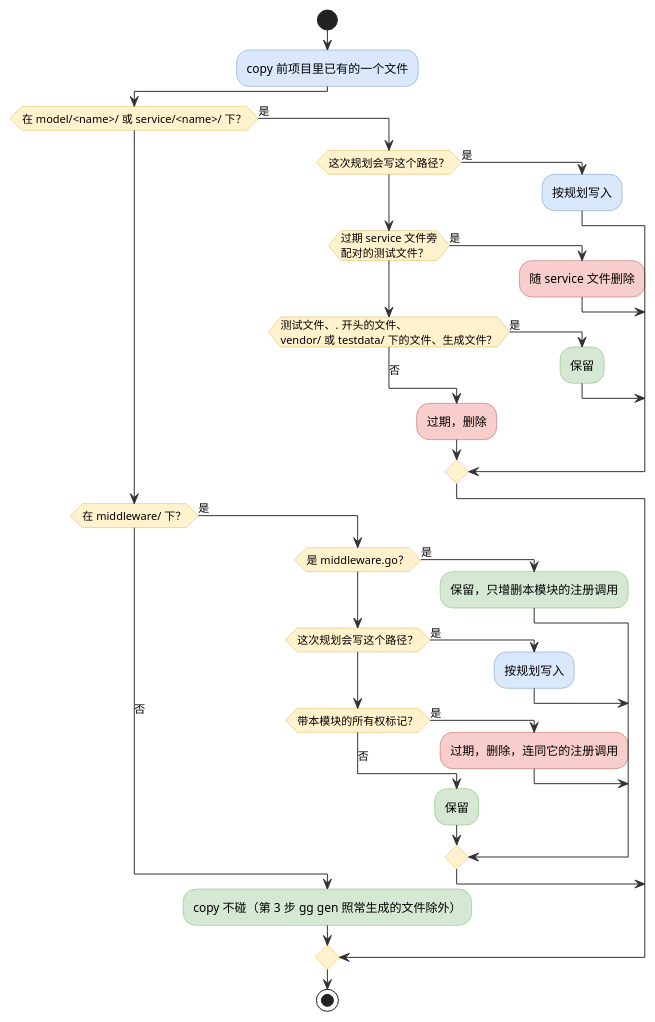
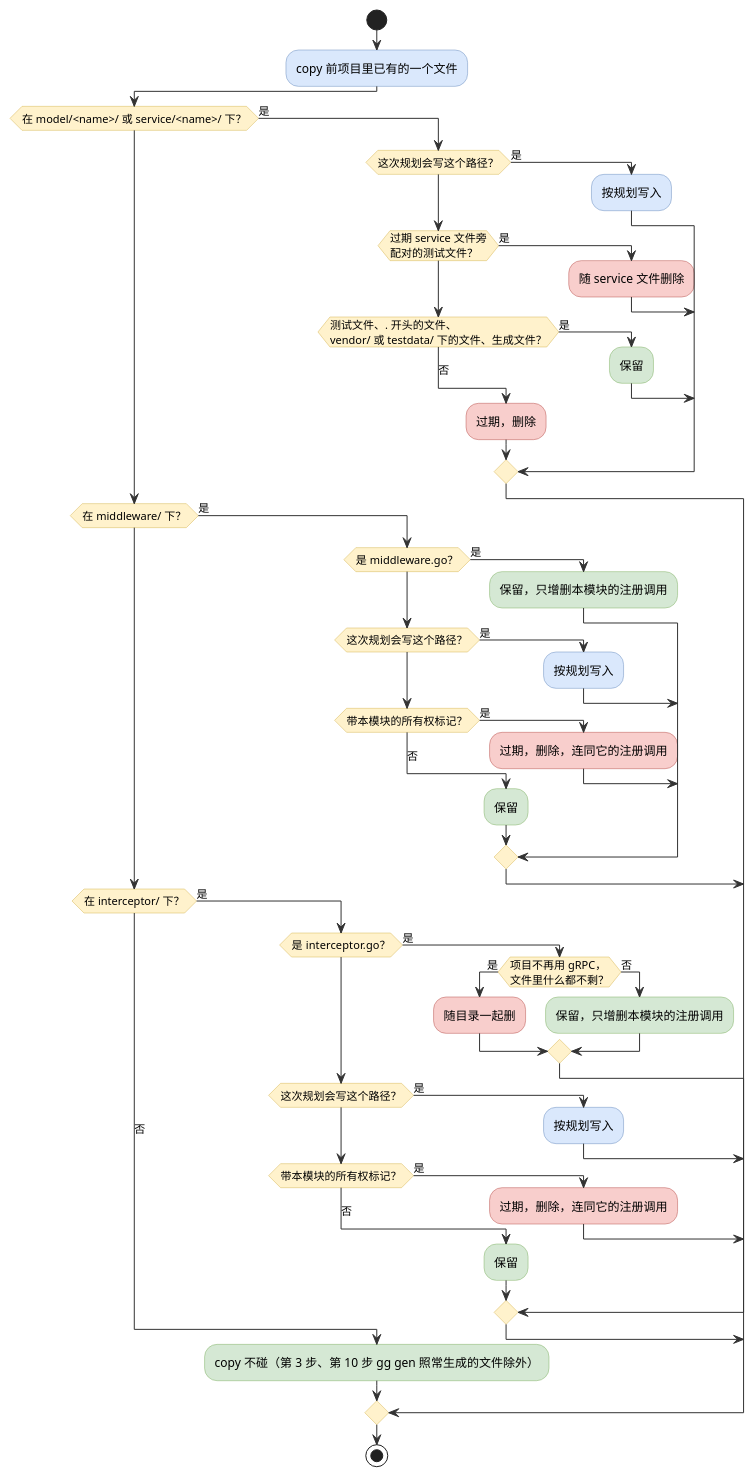
The second of 2 diagrams in cmd/gg/MODULE.md (hydroan/gst), drawn with PlantUML before and after one commit. The commit also changed other lines of this file and 2 other files, not shown here.

First line of the commit message:
docs(gg): describe how gg module copy plans, prunes and registers interceptors

````diff
--- a/cmd/gg/MODULE.md
+++ b/cmd/gg/MODULE.md
@@ -270,45 +275,60 @@
 ```plantuml
 @startuml
 !pragma useVerticalIf on
 skinparam activity {
   BackgroundColor #dae8fc
   BorderColor #6c8ebf
   ArrowColor #333333
   DiamondBackgroundColor #fff2cc
   DiamondBorderColor #d6b656
   BackgroundColor<<keep>> #d5e8d4
   BorderColor<<keep>> #82b366
   BackgroundColor<<delete>> #f8cecc
   BorderColor<<delete>> #b85450
 }
 
 start
 :copy 前项目里已有的一个文件;
 if (在 model/<name>/ 或 service/<name>/ 下？) then (是)
   if (这次规划会写这个路径？) then (是)
     :按规划写入;
   elseif (过期 service 文件旁
 配对的测试文件？) then (是)
     :随 service 文件删除; <<delete>>
   elseif (测试文件、. 开头的文件、
 vendor/ 或 testdata/ 下的文件、生成文件？) then (是)
     :保留; <<keep>>
   else (否)
     :过期，删除; <<delete>>
   endif
 elseif (在 middleware/ 下？) then (是)
   if (是 middleware.go？) then (是)
     :保留，只增删本模块的注册调用; <<keep>>
   elseif (这次规划会写这个路径？) then (是)
     :按规划写入;
   elseif (带本模块的所有权标记？) then (是)
     :过期，删除，连同它的注册调用; <<delete>>
   else (否)
     :保留; <<keep>>
   endif
+elseif (在 interceptor/ 下？) then (是)
+  if (是 interceptor.go？) then (是)
+    if (项目不再用 gRPC，
+文件里什么都不剩？) then (是)
+      :随目录一起删; <<delete>>
+    else (否)
+      :保留，只增删本模块的注册调用; <<keep>>
+    endif
+  elseif (这次规划会写这个路径？) then (是)
+    :按规划写入;
+  elseif (带本模块的所有权标记？) then (是)
+    :过期，删除，连同它的注册调用; <<delete>>
+  else (否)
+    :保留; <<keep>>
+  endif
 else (否)
-  :copy 不碰（第 3 步 gg gen 照常生成的文件除外）; <<keep>>
+  :copy 不碰（第 3 步、第 10 步 gg gen 照常生成的文件除外）; <<keep>>
 endif
 stop
 @enduml
 ```
````
